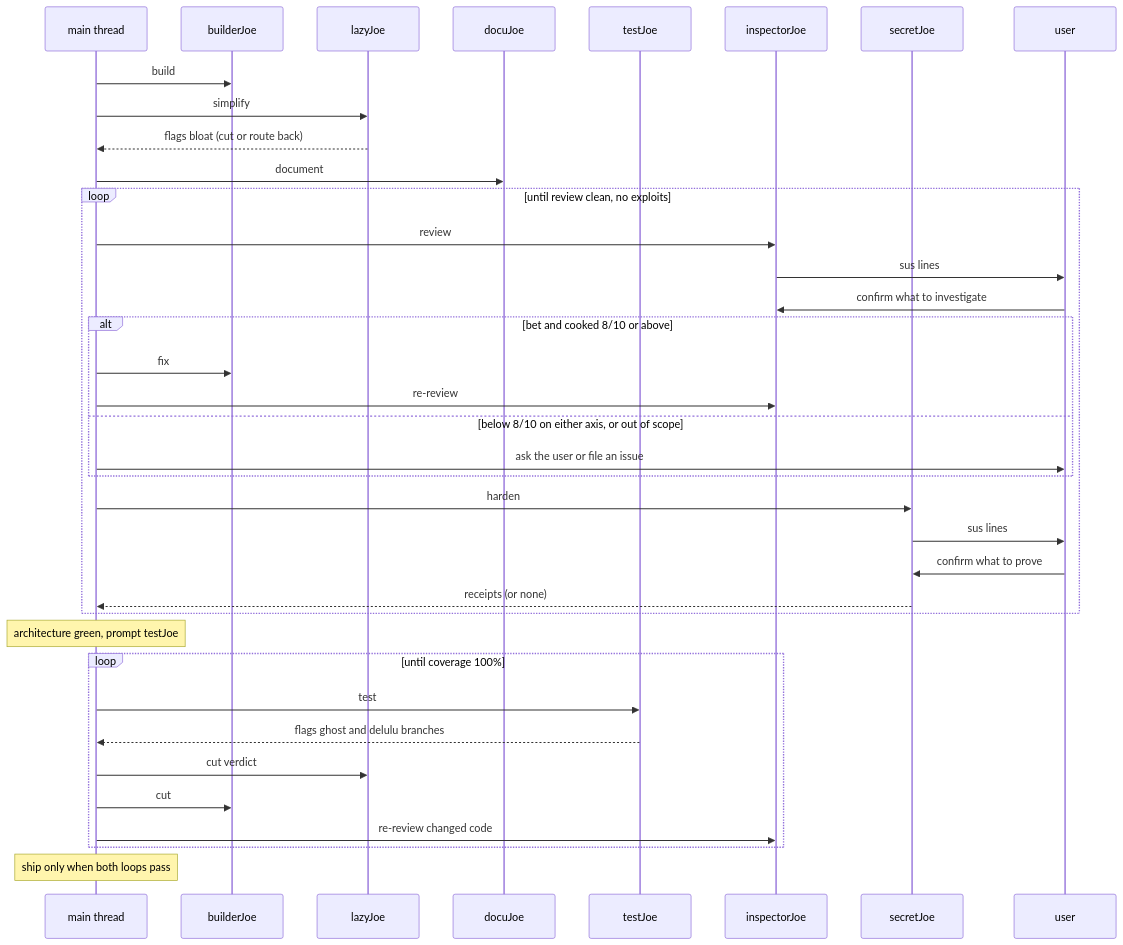
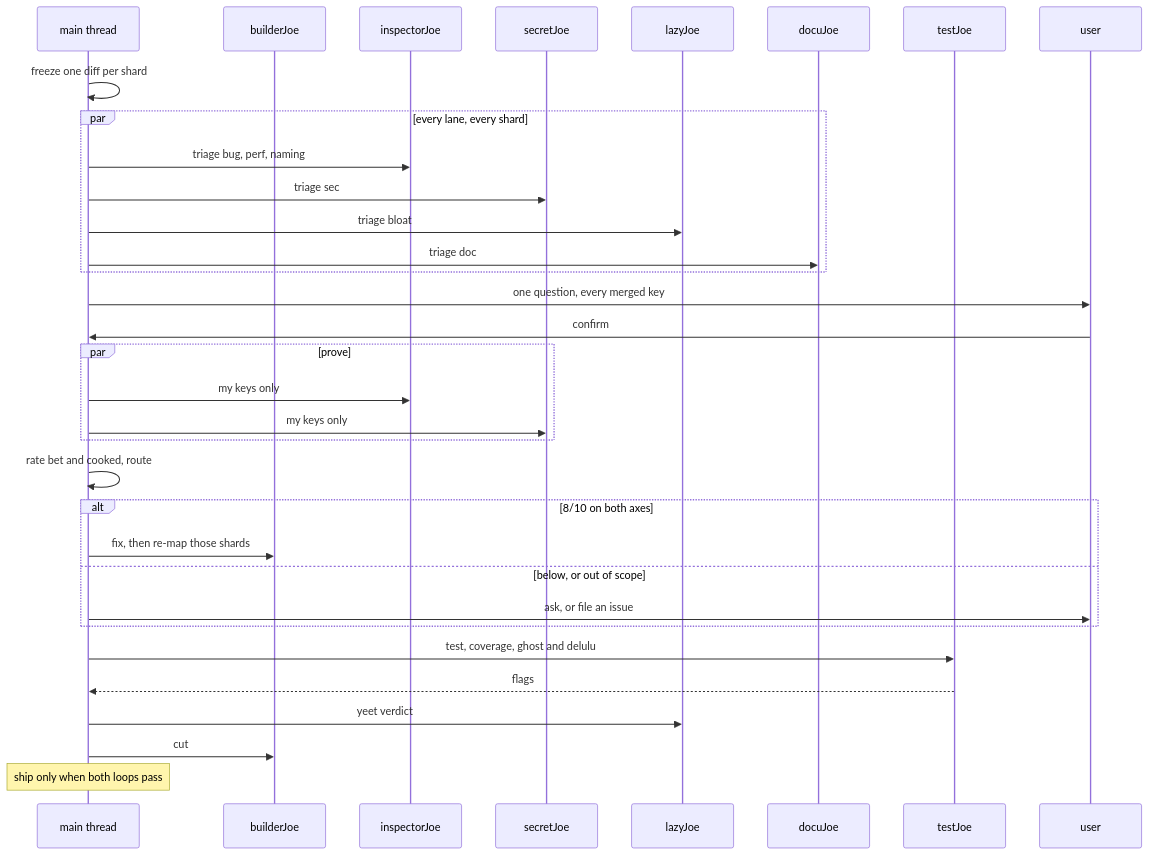
One commit to codingjoe/superjoe changed the diagram in skills/superjoe/SKILL.md. Above: the diagram before and after it, drawn with Mermaid. The commit also changed other lines of this file and 20 other files, not shown here.

````diff
--- a/skills/superjoe/SKILL.md
+++ b/skills/superjoe/SKILL.md
@@ -154,40 +159,36 @@
 ```mermaid
 sequenceDiagram
     participant Main as main thread
     participant B as builderJoe
+    participant I as inspectorJoe
+    participant S as secretJoe
     participant L as lazyJoe
     participant D as docuJoe
     participant T as testJoe
-    participant I as inspectorJoe
-    participant S as secretJoe
     participant U as user
 
-    Main->>B: build
-    Main->>L: simplify
-    L-->>Main: flags bloat (cut or route back)
-    Main->>D: document
-    loop until review clean, no exploits
-        Main->>I: review
-        I->>U: sus lines
-        U->>I: confirm what to investigate
-        alt bet and cooked 8/10 or above
-            Main->>B: fix
-            Main->>I: re-review
-        else below 8/10 on either axis, or out of scope
-            Main->>U: ask the user or file an issue
-        end
-        Main->>S: harden
-        S->>U: sus lines
-        U->>S: confirm what to prove
-        S-->>Main: receipts (or none)
+    Main->>Main: freeze one diff per shard
+    par every lane, every shard
+        Main->>I: triage bug, perf, naming
+        Main->>S: triage sec
+        Main->>L: triage bloat
+        Main->>D: triage doc
     end
-    Note over Main: architecture green, prompt testJoe
-    loop until coverage 100%
-        Main->>T: test
-        T-->>Main: flags ghost and delulu branches
-        Main->>L: cut verdict
-        Main->>B: cut
-        Main->>I: re-review changed code
+    Main->>U: one question, every merged key
+    U->>Main: confirm
+    par prove
+        Main->>I: my keys only
+        Main->>S: my keys only
     end
+    Main->>Main: rate bet and cooked, route
+    alt 8/10 on both axes
+        Main->>B: fix, then re-map those shards
+    else below, or out of scope
+        Main->>U: ask, or file an issue
+    end
+    Main->>T: test, coverage, ghost and delulu
+    T-->>Main: flags
+    Main->>L: yeet verdict
+    Main->>B: cut
     Note over Main: ship only when both loops pass
 ```
````
